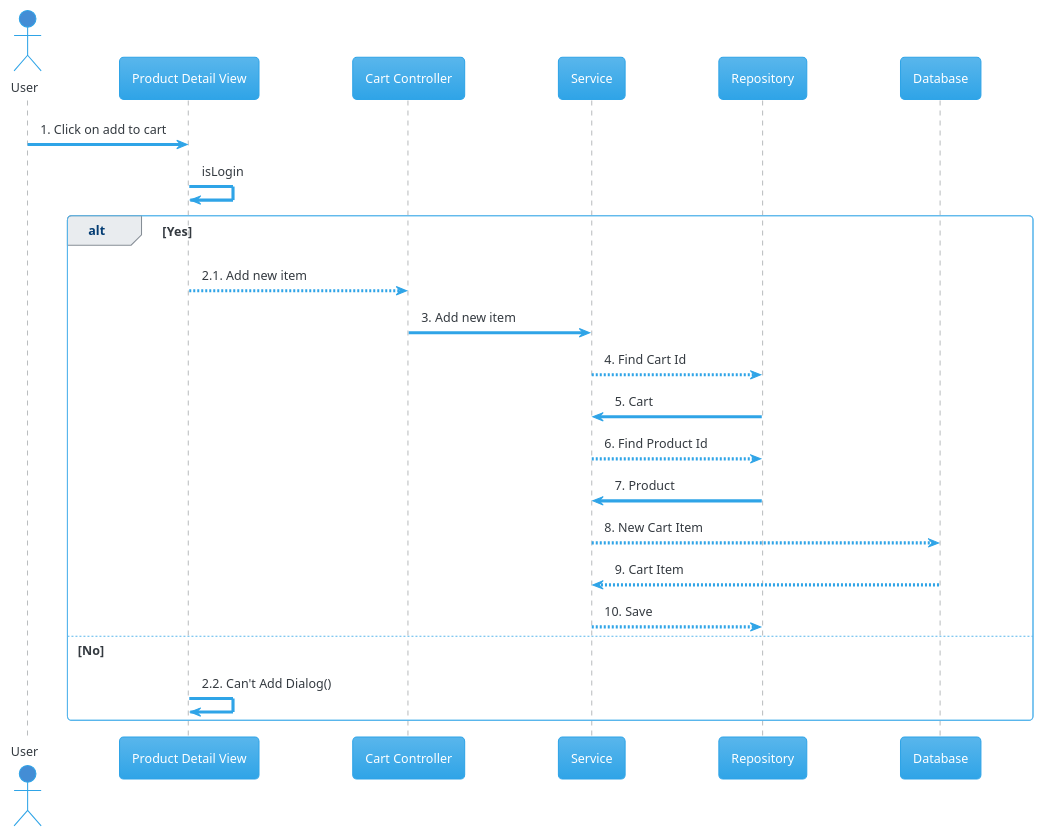
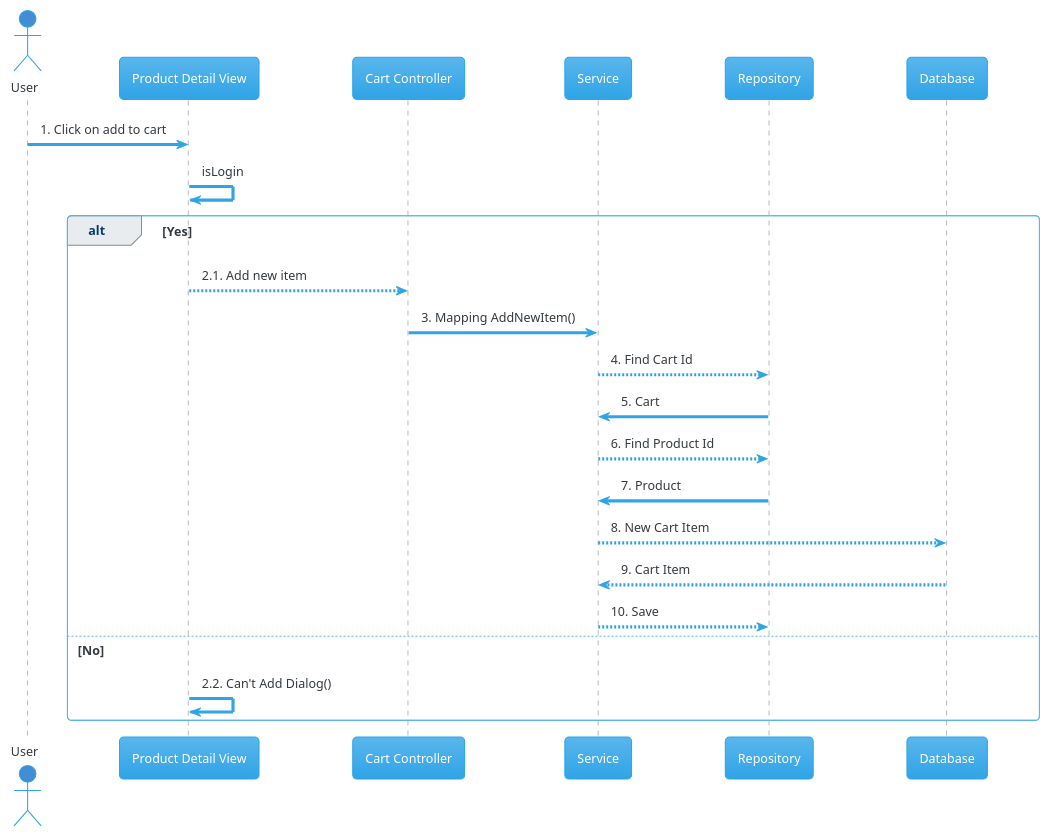
Before and after one commit to congdat123/c4-model: the diagram in sequence Diagram/AddToCart.pu, drawn with PlantUML. The commit also changed 1 other file, not shown here.

```diff
--- a/sequence Diagram/AddToCart.pu
+++ b/sequence Diagram/AddToCart.pu
@@ -1,23 +1,23 @@
 @startuml
 !theme cerulean
 actor User #438dd5
 participant "Product Detail View" as product_detail_view
 participant "Cart Controller" as cart_controller
 
 User -> product_detail_view :1. Click on add to cart
 product_detail_view -> product_detail_view :isLogin
 
 alt Yes
 	product_detail_view --> cart_controller :2.1. Add new item
-	cart_controller -> Service :3. Add new item
+	cart_controller -> Service :3. Mapping AddNewItem()
 	Service --> Repository :4. Find Cart Id
 	Repository -> Service :5. Cart
 	Service --> Repository :6. Find Product Id
 	Repository -> Service :7. Product
     Service --> Database :8. New Cart Item
     Database --> Service :9. Cart Item
     Service --> Repository :10. Save
 else No
 	product_detail_view ->product_detail_view :2.2. Can't Add Dialog()
 end
 @enduml
```
